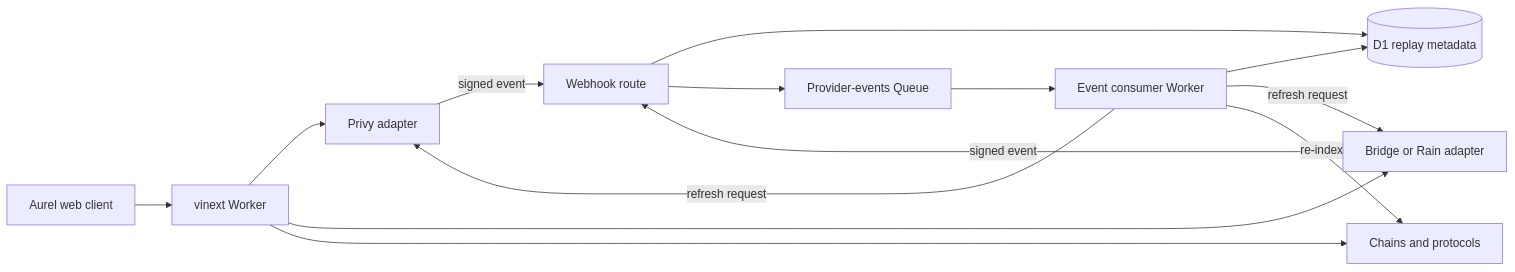
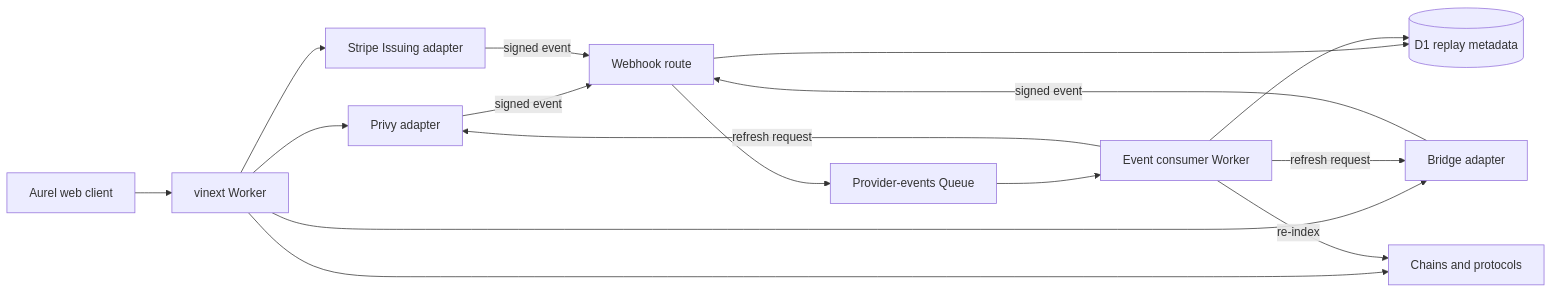
The diagram in docs/architecture/architecture.md (arthurtouble/crypto-neo-bank), drawn with Mermaid before and after one commit. The commit also changed other lines of this file and 55 other files, not shown here.

First line of the commit message:
Cards on Bridge and Stripe Issuing (work in progress)

````diff
--- a/docs/architecture/architecture.md
+++ b/docs/architecture/architecture.md
@@ -36,16 +36,18 @@
 ```mermaid
 flowchart LR
     UI[Aurel web client] --> WEB[vinext Worker]
     WEB --> PRIVY[Privy adapter]
-    WEB --> BRIDGE[Bridge or Rain adapter]
+    WEB --> BRIDGE[Bridge adapter]
+    WEB --> STRIPE[Stripe Issuing adapter]
     WEB --> CHAIN[Chains and protocols]
     PRIVY -->|signed event| HOOK[Webhook route]
     BRIDGE -->|signed event| HOOK
+    STRIPE -->|signed event| HOOK
     HOOK --> D1[(D1 replay metadata)]
     HOOK --> QUEUE[Provider-events Queue]
     QUEUE --> CONSUMER[Event consumer Worker]
     CONSUMER --> D1
     CONSUMER -->|refresh request| PRIVY
     CONSUMER -->|refresh request| BRIDGE
     CONSUMER -->|re-index| CHAIN
 ```
````
